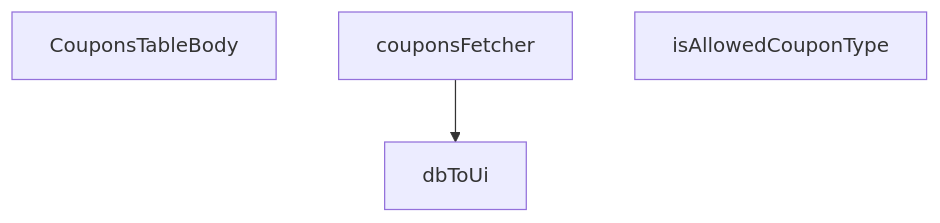
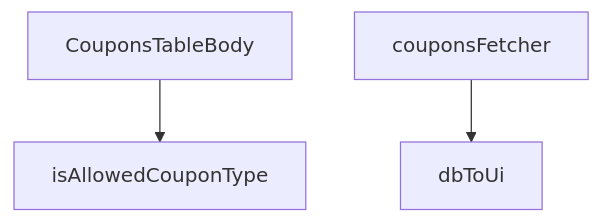
The diagram in src/views/admin/CouponsTableBody.md (peckop/venthub-hvac-esite), drawn with Mermaid before and after one commit. The commit also changed other lines of this file and 189 other files, not shown here.

````diff
--- a/src/views/admin/CouponsTableBody.md
+++ b/src/views/admin/CouponsTableBody.md
@@ -212,8 +300,9 @@
 ```mermaid
 graph TD
     CouponsTableBody_tsx__CouponsTableBody["CouponsTableBody"]
     CouponsTableBody_tsx__couponsFetcher["couponsFetcher"]
     CouponsTableBody_tsx__dbToUi["dbToUi"]
     CouponsTableBody_tsx__isAllowedCouponType["isAllowedCouponType"]
     CouponsTableBody_tsx__couponsFetcher --> CouponsTableBody_tsx__dbToUi
+    CouponsTableBody_tsx__CouponsTableBody --> CouponsTableBody_tsx__isAllowedCouponType
 ```
````
